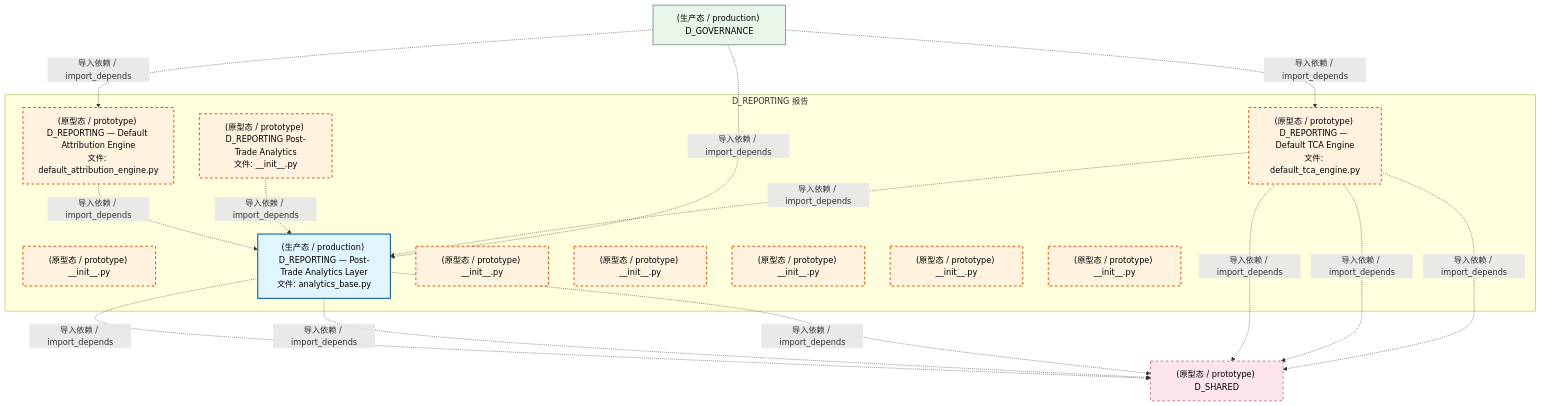
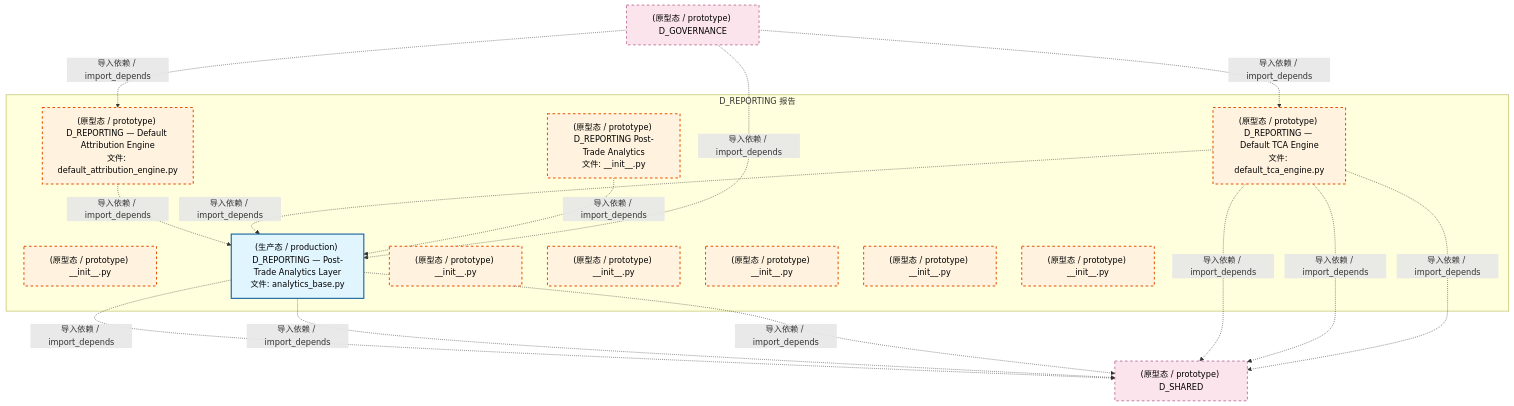
One commit to xuanFelixVan/ZephyrAlpha changed the first of 4 diagrams in docs/02_enterprise_architecture/02_domain_architecture_docs/16_d_reporting.md. Above: the diagram before and after it, drawn with Mermaid. The commit also changed other lines of this file and 99 other files, not shown here.

````diff
--- a/docs/02_enterprise_architecture/02_domain_architecture_docs/16_d_reporting.md
+++ b/docs/02_enterprise_architecture/02_domain_architecture_docs/16_d_reporting.md
@@ -73,37 +73,36 @@
 ```mermaid
 graph TD
     subgraph D_REPORTING["D_REPORTING 报告"]
         src_zephyr_reporting_init_py["(原型态 / prototype) D_REPORTING Post-Trade Analytics<br/>文件: __init__.py"]
         src_zephyr_reporting_extensions_init_py["(原型态 / prototype) __init__.py"]
         src_zephyr_reporting_analytics_base_py["(生产态 / production) D_REPORTING — Post-Trade Analytics Layer<br/>文件: analytics_base.py"]
         src_zephyr_reporting_api_init_py["(原型态 / prototype) __init__.py"]
         src_zephyr_reporting_core_init_py["(原型态 / prototype) __init__.py"]
         src_zephyr_reporting_default_attribution_engine_py["(原型态 / prototype) D_REPORTING — Default Attribution Engine<br/>文件: default_attribution_engine.py"]
         src_zephyr_reporting_default_tca_engine_py["(原型态 / prototype) D_REPORTING — Default TCA Engine<br/>文件: default_tca_engine.py"]
         src_zephyr_reporting_infrastructure_init_py["(原型态 / prototype) __init__.py"]
         src_zephyr_reporting_models_init_py["(原型态 / prototype) __init__.py"]
         src_zephyr_reporting_services_init_py["(原型态 / prototype) __init__.py"]
     end
     src_zephyr_reporting_default_attribution_engine_py -.->|导入依赖 / import_depends| src_zephyr_reporting_analytics_base_py
+    src_zephyr_reporting_default_tca_engine_py -.->|导入依赖 / import_depends| src_zephyr_reporting_analytics_base_py
     src_zephyr_reporting_init_py -.->|导入依赖 / import_depends| src_zephyr_reporting_analytics_base_py
-    src_zephyr_reporting_default_tca_engine_py -.->|导入依赖 / import_depends| src_zephyr_reporting_analytics_base_py
     D_SHARED["(原型态 / prototype) D_SHARED"]
     src_zephyr_reporting_analytics_base_py -.->|导入依赖 / import_depends| D_SHARED
     src_zephyr_reporting_analytics_base_py -.->|导入依赖 / import_depends| D_SHARED
     src_zephyr_reporting_analytics_base_py -.->|导入依赖 / import_depends| D_SHARED
     src_zephyr_reporting_default_tca_engine_py -.->|导入依赖 / import_depends| D_SHARED
     src_zephyr_reporting_default_tca_engine_py -.->|导入依赖 / import_depends| D_SHARED
     src_zephyr_reporting_default_tca_engine_py -.->|导入依赖 / import_depends| D_SHARED
-    D_GOVERNANCE["(生产态 / production) D_GOVERNANCE"]
+    D_GOVERNANCE["(原型态 / prototype) D_GOVERNANCE"]
+    D_GOVERNANCE -.->|导入依赖 / import_depends| src_zephyr_reporting_default_attribution_engine_py
     D_GOVERNANCE -.->|导入依赖 / import_depends| src_zephyr_reporting_default_tca_engine_py
-    D_GOVERNANCE -.->|导入依赖 / import_depends| src_zephyr_reporting_default_attribution_engine_py
     D_GOVERNANCE -.->|导入依赖 / import_depends| src_zephyr_reporting_analytics_base_py
     classDef production fill:#e1f5fe,stroke:#01579b,stroke-width:2px,color:#000
     classDef design fill:#fff3e0,stroke:#e65100,stroke-width:2px,color:#000,stroke-dasharray: 5 5
     classDef external_prod fill:#e8f5e9,stroke:#1b5e20,stroke-width:1px,color:#000
     classDef external_design fill:#fce4ec,stroke:#880e4f,stroke-width:1px,color:#000,stroke-dasharray: 5 5
     class src_zephyr_reporting_analytics_base_py production
     class src_zephyr_reporting_init_py,src_zephyr_reporting_extensions_init_py,src_zephyr_reporting_api_init_py,src_zephyr_reporting_core_init_py,src_zephyr_reporting_default_attribution_engine_py,src_zephyr_reporting_default_tca_engine_py,src_zephyr_reporting_infrastructure_init_py,src_zephyr_reporting_models_init_py,src_zephyr_reporting_services_init_py design
-    class D_GOVERNANCE external_prod
-    class D_SHARED external_design
+    class D_SHARED,D_GOVERNANCE external_design
 ```
````
